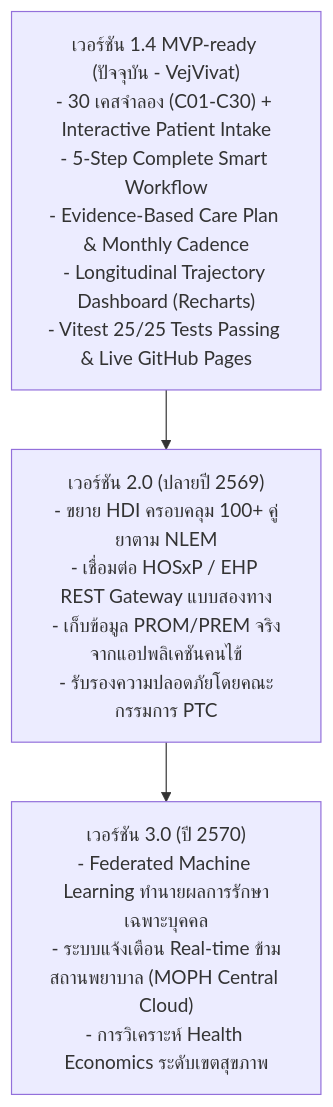
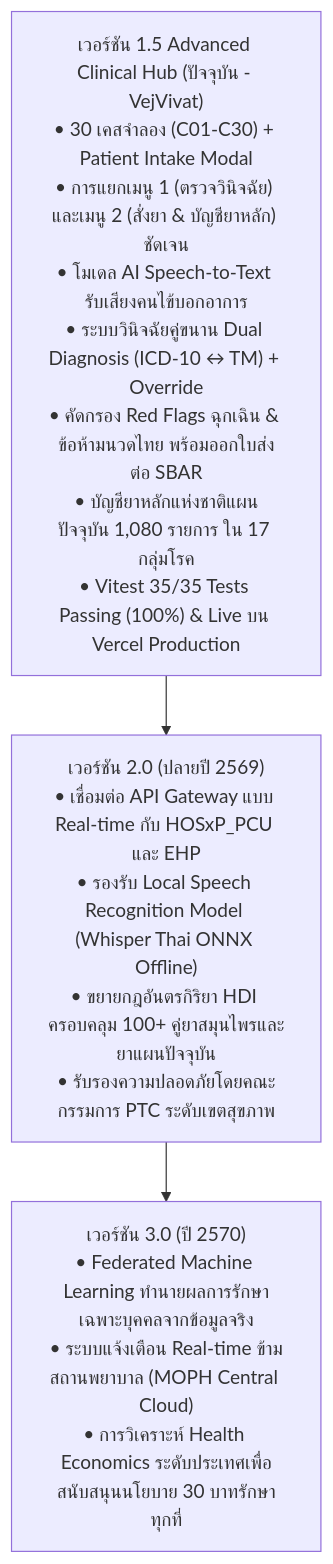
The diagram in docs/09-known-limitations.md (ClangxCL/TTM_Hackathon_2026), drawn with Mermaid before and after one commit. The commit also changed other lines of this file and 10 other files, not shown here.

Commit message:
docs: comprehensive update of all 10 docs to reflect dual formularies, NLEM 1080 medicines, speech-to-text, dual diagnosis, and SBAR referral

````diff
--- a/docs/09-known-limitations.md
+++ b/docs/09-known-limitations.md
@@ -36,8 +39,8 @@
 ```mermaid
-graph TD
-    V1["เวอร์ชัน 1.4 MVP-ready (ปัจจุบัน - VejVivat)<br/>- 30 เคสจำลอง (C01-C30) + Interactive Patient Intake<br/>- 5-Step Complete Smart Workflow<br/>- Evidence-Based Care Plan & Monthly Cadence<br/>- Longitudinal Trajectory Dashboard (Recharts)<br/>- Vitest 25/25 Tests Passing & Live GitHub Pages"]
-    V2["เวอร์ชัน 2.0 (ปลายปี 2569)<br/>- ขยาย HDI ครอบคลุม 100+ คู่ยาตาม NLEM<br/>- เชื่อมต่อ HOSxP / EHP REST Gateway แบบสองทาง<br/>- เก็บข้อมูล PROM/PREM จริงจากแอปพลิเคชันคนไข้<br/>- รับรองความปลอดภัยโดยคณะกรรมการ PTC"]
-    V3["เวอร์ชัน 3.0 (ปี 2570)<br/>- Federated Machine Learning ทำนายผลการรักษาเฉพาะบุคคล<br/>- ระบบแจ้งเตือน Real-time ข้ามสถานพยาบาล (MOPH Central Cloud)<br/>- การวิเคราะห์ Health Economics ระดับเขตสุขภาพ"]
+flowchart TD
+    V1["เวอร์ชัน 1.5 Advanced Clinical Hub (ปัจจุบัน - VejVivat)<br/>• 30 เคสจำลอง (C01-C30) + Patient Intake Modal<br/>• การแยกเมนู 1 (ตรวจวินิจฉัย) และเมนู 2 (สั่งยา & บัญชียาหลัก) ชัดเจน<br/>• โมเดล AI Speech-to-Text รับเสียงคนไข้บอกอาการ<br/>• ระบบวินิจฉัยคู่ขนาน Dual Diagnosis (ICD-10 ↔ TM) + Override<br/>• คัดกรอง Red Flags ฉุกเฉิน & ข้อห้ามนวดไทย พร้อมออกใบส่งต่อ SBAR<br/>• บัญชียาหลักแห่งชาติแผนปัจจุบัน 1,080 รายการ ใน 17 กลุ่มโรค<br/>• Vitest 35/35 Tests Passing (100%) & Live บน Vercel Production"]
+    V2["เวอร์ชัน 2.0 (ปลายปี 2569)<br/>• เชื่อมต่อ API Gateway แบบ Real-time กับ HOSxP_PCU และ EHP<br/>• รองรับ Local Speech Recognition Model (Whisper Thai ONNX Offline)<br/>• ขยายกฎอันตรกิริยา HDI ครอบคลุม 100+ คู่ยาสมุนไพรและยาแผนปัจจุบัน<br/>• รับรองความปลอดภัยโดยคณะกรรมการ PTC ระดับเขตสุขภาพ"]
+    V3["เวอร์ชัน 3.0 (ปี 2570)<br/>• Federated Machine Learning ทำนายผลการรักษาเฉพาะบุคคลจากข้อมูลจริง<br/>• ระบบแจ้งเตือน Real-time ข้ามสถานพยาบาล (MOPH Central Cloud)<br/>• การวิเคราะห์ Health Economics ระดับประเทศเพื่อสนับสนุนนโยบาย 30 บาทรักษาทุกที่"]
 
     V1 --> V2 --> V3
 ```
````
